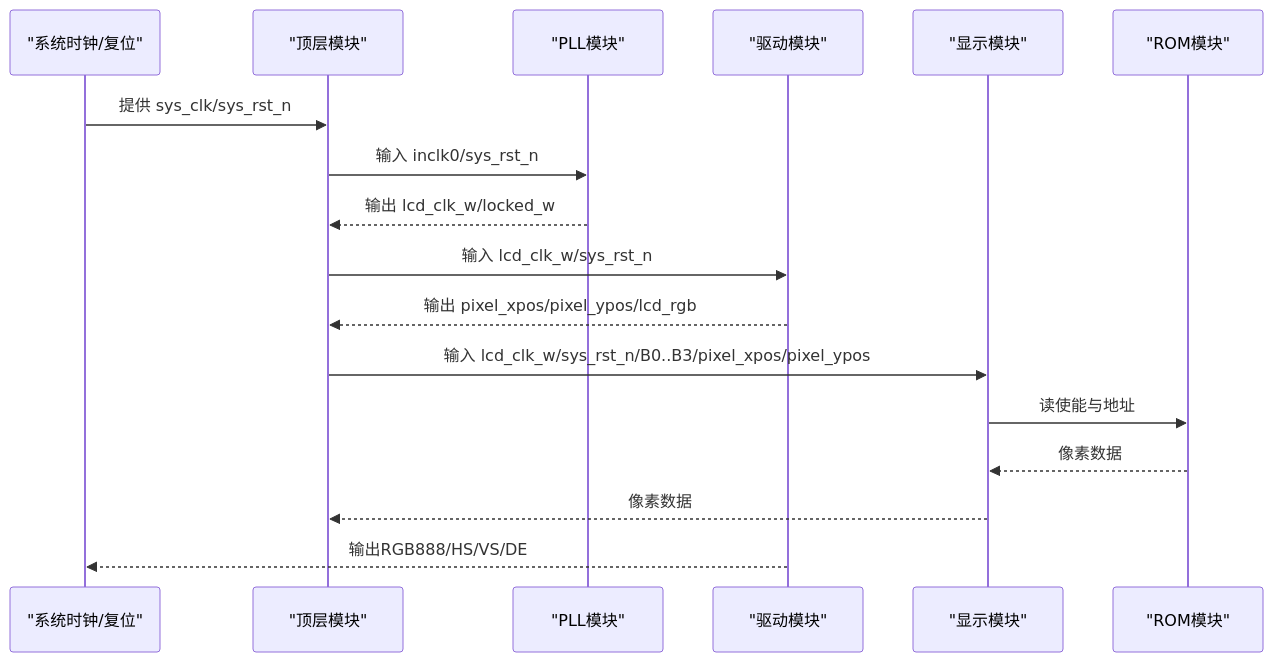
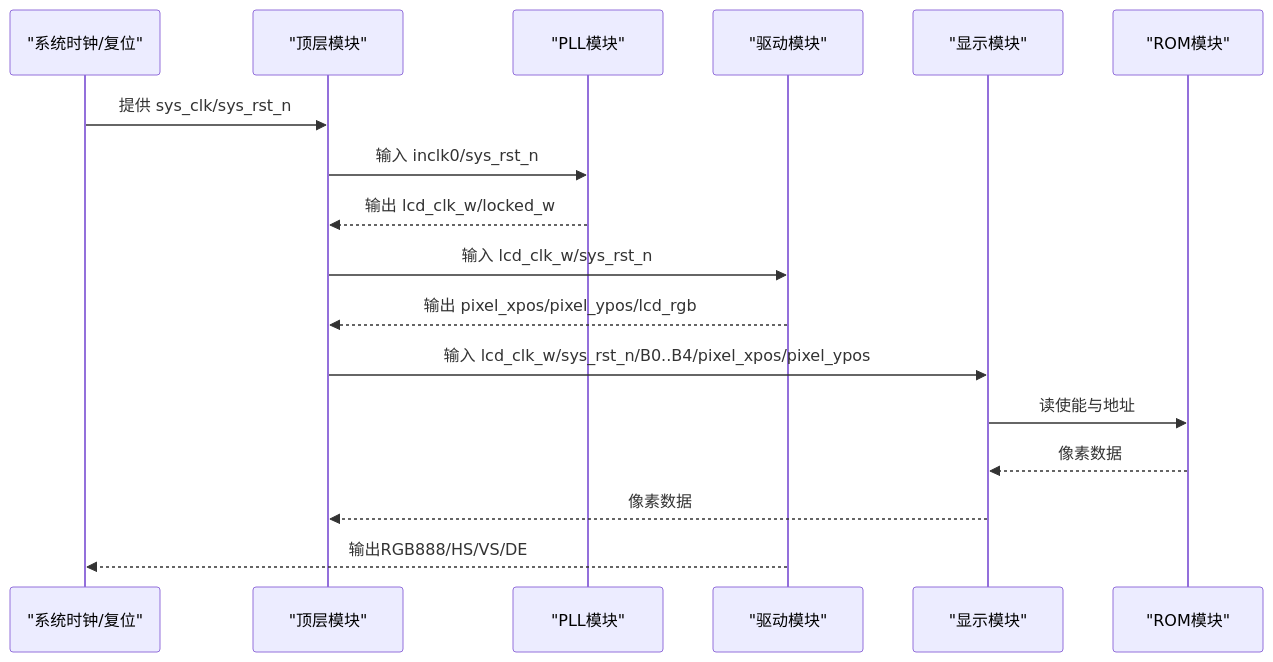
The second of 4 diagrams in .qoder/repowiki/zh/content/项目概述/项目介绍.md (soupherexd/LCD_ROM_PIC), drawn with Mermaid before and after one commit. The commit also changed other lines of this file and 3 other files, not shown here.

````diff
--- a/.qoder/repowiki/zh/content/项目概述/项目介绍.md
+++ b/.qoder/repowiki/zh/content/项目概述/项目介绍.md
@@ -120,19 +147,19 @@
 ```mermaid
 sequenceDiagram
 participant SYS as "系统时钟/复位"
 participant TOP as "顶层模块"
 participant PLL as "PLL模块"
 participant DRV as "驱动模块"
 participant DISP as "显示模块"
 participant ROM as "ROM模块"
 SYS->>TOP : 提供 sys_clk/sys_rst_n
 TOP->>PLL : 输入 inclk0/sys_rst_n
 PLL-->>TOP : 输出 lcd_clk_w/locked_w
 TOP->>DRV : 输入 lcd_clk_w/sys_rst_n
 DRV-->>TOP : 输出 pixel_xpos/pixel_ypos/lcd_rgb
-TOP->>DISP : 输入 lcd_clk_w/sys_rst_n/B0..B3/pixel_xpos/pixel_ypos
+TOP->>DISP : 输入 lcd_clk_w/sys_rst_n/B0..B4/pixel_xpos/pixel_ypos
 DISP->>ROM : 读使能与地址
 ROM-->>DISP : 像素数据
 DISP-->>TOP : 像素数据
 DRV-->>SYS : 输出RGB888/HS/VS/DE
 ```
````
